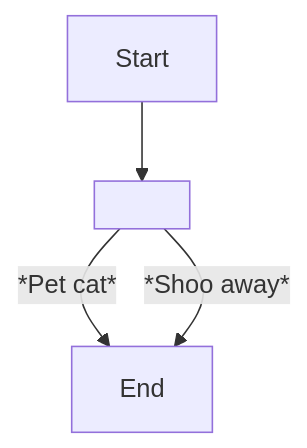
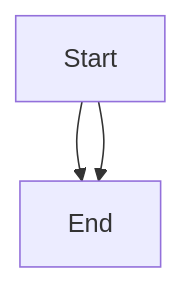
Before and after one commit to SoftHu/tos_avg: the diagram in Zh/QuestTalkObjectiveNode_1768531991733143.md, drawn with Mermaid. The commit also changed 737 other files, not shown here.

````diff
--- a/Zh/QuestTalkObjectiveNode_1768531991733143.md
+++ b/Zh/QuestTalkObjectiveNode_1768531991733143.md
@@ -1,7 +1,6 @@
 ```mermaid
 graph
-Start -->1768532094569370[ ]
-1768532094569370 -->|*Pet cat*|1768540116414340[End]
-1768532094569370 -->|*Shoo away*|1768540116414340[End]
+Start -->1768540116414340[End]
+Start -->1768540116414340[End]
 
- ```
+```
````
